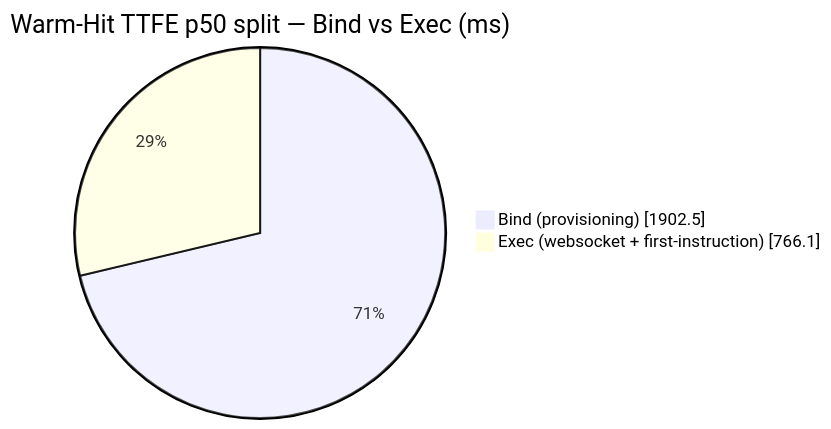
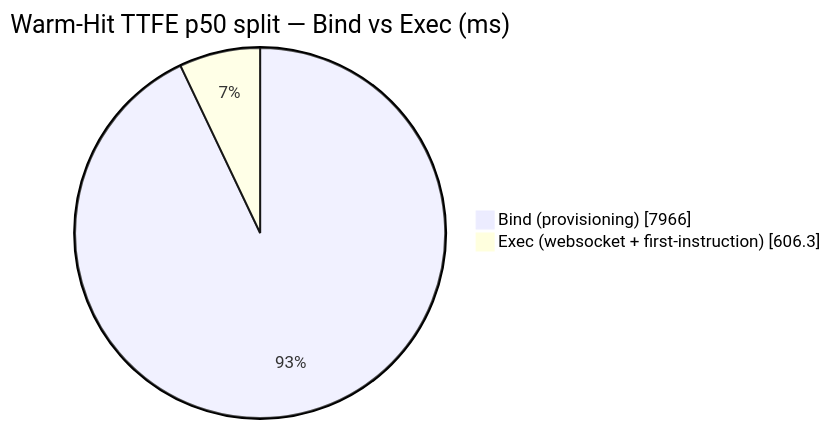
Before and after one commit to AlexBulankou/honest-bench: the diagram in DETAILS.md, drawn with Mermaid. The commit also changed other lines of this file and 4 other files, not shown here.

````diff
--- a/DETAILS.md
+++ b/DETAILS.md
@@ -126,6 +127,6 @@
 ```mermaid
 pie showData
     title Warm-Hit TTFE p50 split — Bind vs Exec (ms)
-    "Bind (provisioning)" : 1902.5
-    "Exec (websocket + first-instruction)" : 766.1
+    "Bind (provisioning)" : 7966.0
+    "Exec (websocket + first-instruction)" : 606.3
 ```
````
